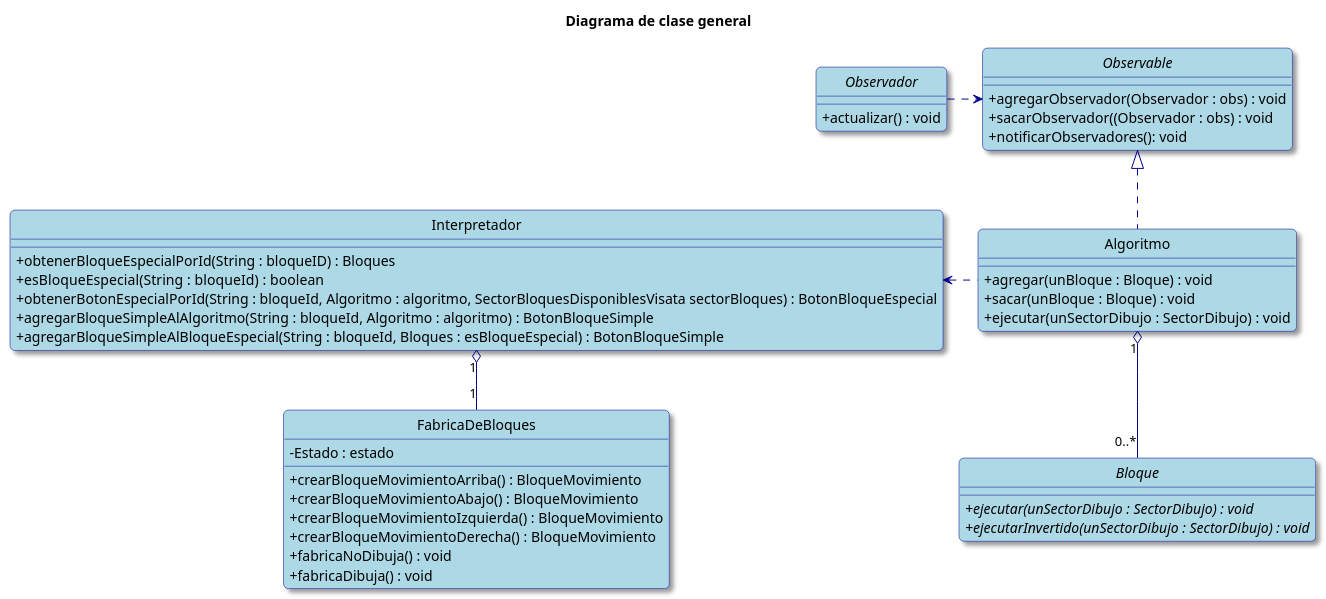
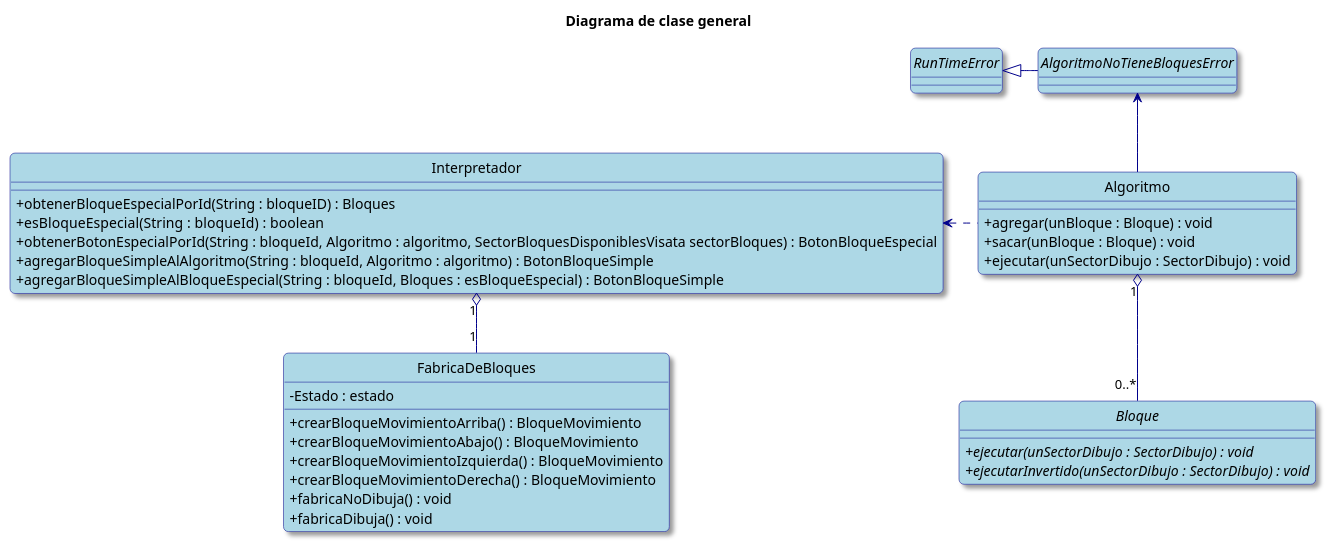
Before and after one commit to valva-ro/Algo3-TP2-AlgoBlocks: the first of 5 diagrams in diagramas-clases.puml, drawn with PlantUML. The commit also changed other lines of this file and 3 other files, not shown here.

Commit message:
actualize el informe los diagramas de clases, el diagrama de paquetes, el diagrama de estados y el informe

```diff
--- a/diagramas-clases.puml
+++ b/diagramas-clases.puml
@@ -1,68 +1,63 @@
 @startuml
 hide circle
 skinparam classAttributeIconSize 0
 skinparam backgroundColor White
 skinparam RoundCorner 10
 skinparam Shadowing true
 
 skinparam class {
     ArrowColor DarkBlue
     BackgroundColor LightBlue
     BorderColor DarkBlue
 }
 
 skinparam note {
     BackgroundColor LightYellow
     BorderColor DarkBlue
 }
 
 title Diagrama de clase general
-
-interface Observable{
-    +agregarObservador(Observador : obs) : void
-    +sacarObservador((Observador : obs) : void
-    +notificarObservadores(): void
-}
-
-interface Observador{
-    +actualizar() : void
-}
 
 class Interpretador {
     + obtenerBloqueEspecialPorId(String : bloqueID) : Bloques
     + esBloqueEspecial(String : bloqueId) :  boolean
     + obtenerBotonEspecialPorId(String : bloqueId, Algoritmo : algoritmo, SectorBloquesDisponiblesVisata sectorBloques) : BotonBloqueEspecial
     + agregarBloqueSimpleAlAlgoritmo(String : bloqueId, Algoritmo : algoritmo) : BotonBloqueSimple
     + agregarBloqueSimpleAlBloqueEspecial(String : bloqueId, Bloques : esBloqueEspecial) : BotonBloqueSimple
 
 }
 
 class FabricaDeBloques {
     - Estado : estado
     + crearBloqueMovimientoArriba() : BloqueMovimiento
     + crearBloqueMovimientoAbajo() : BloqueMovimiento
     + crearBloqueMovimientoIzquierda() : BloqueMovimiento
     + crearBloqueMovimientoDerecha() : BloqueMovimiento
     + fabricaNoDibuja() : void
     + fabricaDibuja() : void
 }
 
 
 interface Bloque {
     + {abstract} ejecutar(unSectorDibujo : SectorDibujo) : void
     + {abstract} ejecutarInvertido(unSectorDibujo : SectorDibujo) : void
 }
 
 class Algoritmo {
     + agregar(unBloque : Bloque) : void
     + sacar(unBloque : Bloque) : void
     + ejecutar(unSectorDibujo : SectorDibujo) : void
 }
 
+interface AlgoritmoNoTieneBloquesError{}
+
+interface RunTimeError
+
 Algoritmo "1" o-- "0..*" Bloque
+AlgoritmoNoTieneBloquesError  <--down Algoritmo
+RunTimeError <|--right AlgoritmoNoTieneBloquesError
 Interpretador <..right Algoritmo
 Interpretador "1" o--down "1" FabricaDeBloques
-Observable <|.. Algoritmo
-Observable <..left Observador
+
 
 @enduml
```
